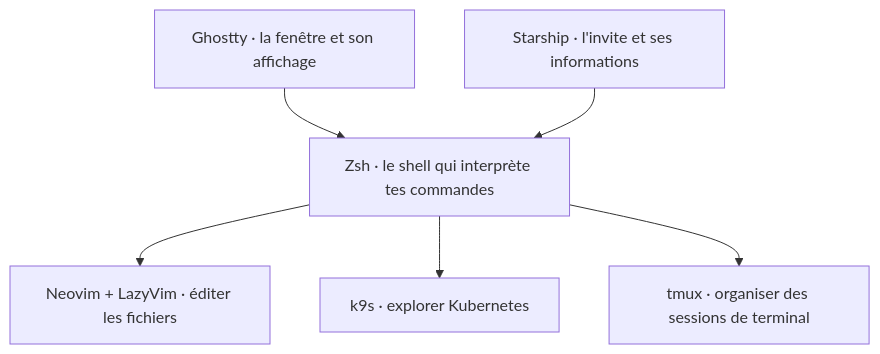
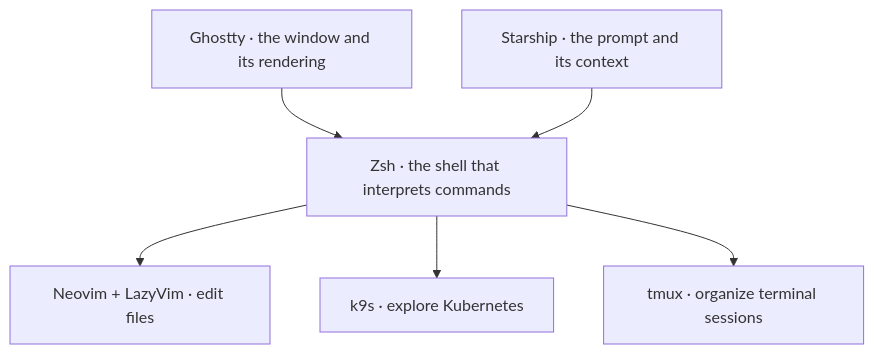
One commit to Kai-Finds/dotfiles changed the diagram in README.md. Above: the diagram before and after it, drawn with Mermaid. The commit also changed other lines of this file and 48 other files, not shown here.

````diff
--- a/README.md
+++ b/README.md
@@ -13,8 +13,8 @@
 ```mermaid
 flowchart TD
-    G[Ghostty · la fenêtre et son affichage] --> Z[Zsh · le shell qui interprète tes commandes]
-    S[Starship · l'invite et ses informations] --> Z
-    Z --> N[Neovim + LazyVim · éditer les fichiers]
-    Z --> K[k9s · explorer Kubernetes]
-    Z --> T[tmux · organiser des sessions de terminal]
+    G[Ghostty · the window and its rendering] --> Z[Zsh · the shell that interprets commands]
+    S[Starship · the prompt and its context] --> Z
+    Z --> N[Neovim + LazyVim · edit files]
+    Z --> K[k9s · explore Kubernetes]
+    Z --> T[tmux · organize terminal sessions]
 ```
````
